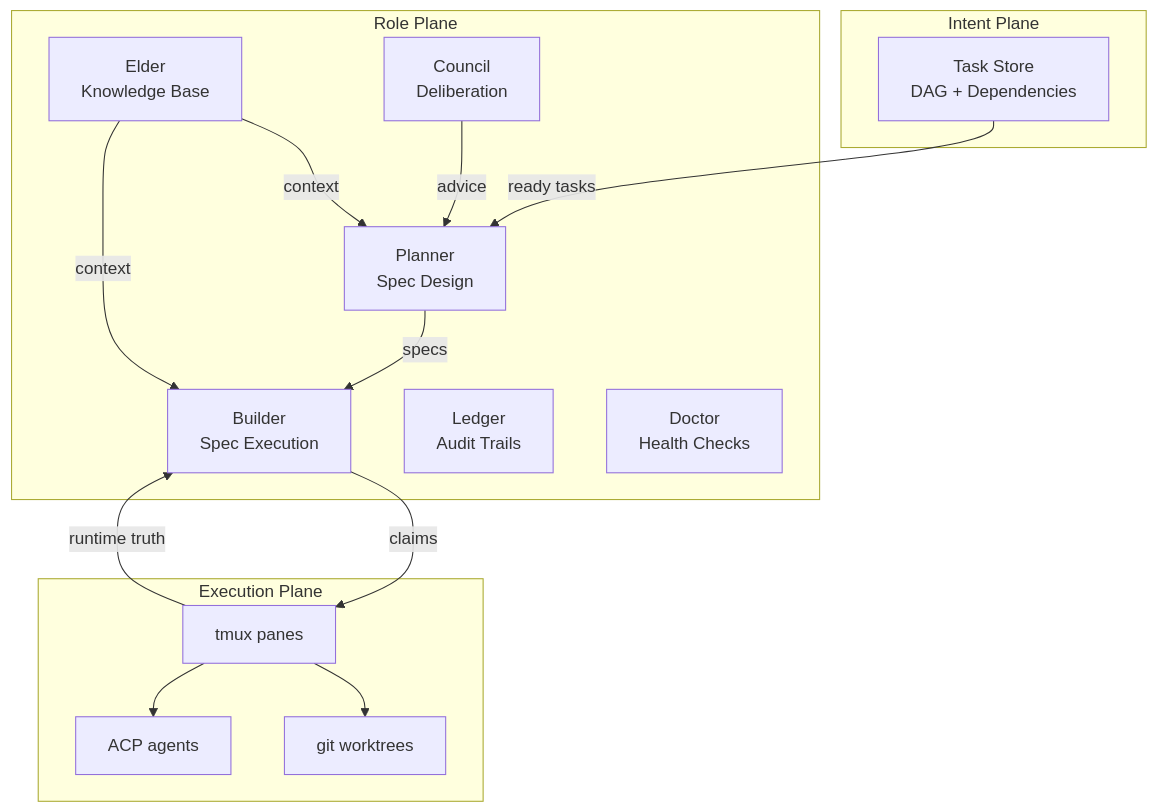
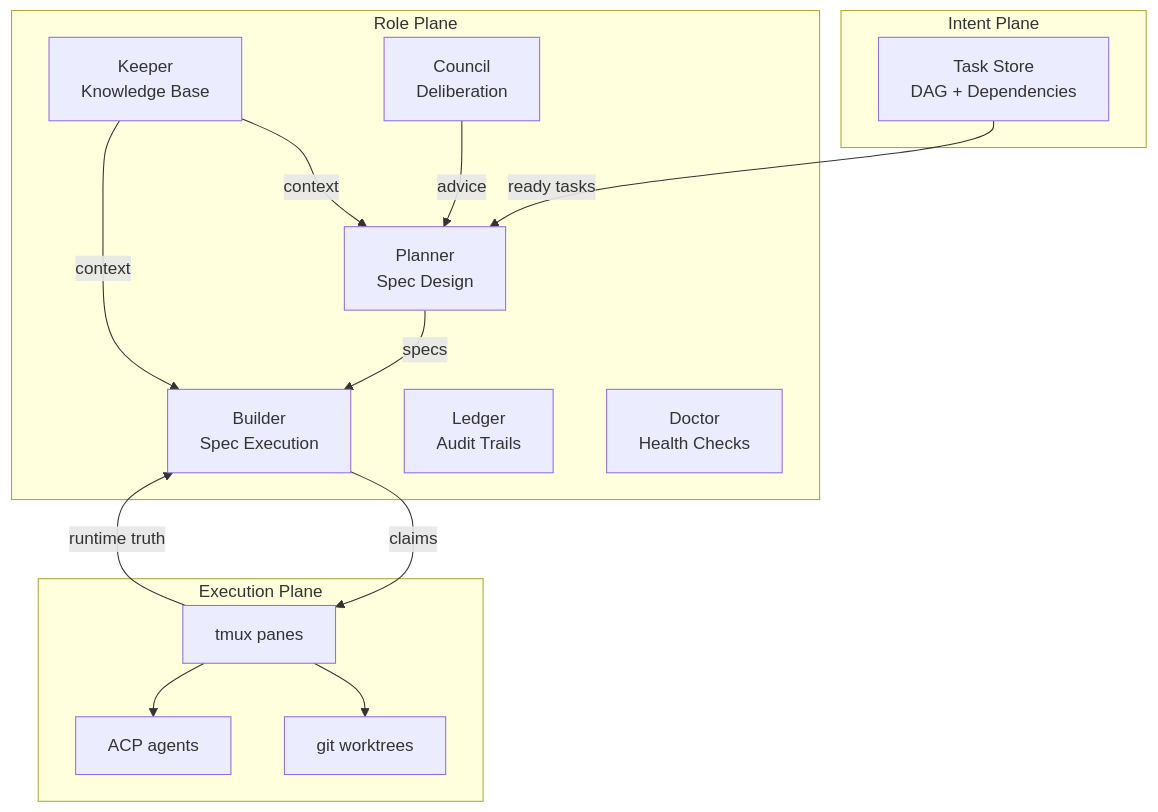
Before and after one commit to bkuri/village: the diagram in README.md, drawn with Mermaid. The commit also changed other lines of this file and 20 other files, not shown here.

First line of the commit message:
refactor: rename elder role to keeper

````diff
--- a/README.md
+++ b/README.md
@@ -145,31 +145,31 @@
 ```mermaid
 flowchart TB
     subgraph Intent["Intent Plane"]
         TS[Task Store<br/>DAG + Dependencies]
     end
 
     subgraph Roles["Role Plane"]
         P[Planner<br/>Spec Design]
         B[Builder<br/>Spec Execution]
-        E[Elder<br/>Knowledge Base]
+        E[Keeper<br/>Knowledge Base]
         C[Council<br/>Deliberation]
         L[Ledger<br/>Audit Trails]
         D[Doctor<br/>Health Checks]
     end
 
     subgraph Execution["Execution Plane"]
         TMUX[tmux panes]
         WT[git worktrees]
         ACP[ACP agents]
     end
 
     TS -->|ready tasks| P
     P -->|specs| B
     B -->|claims| TMUX
     TMUX --> WT
     TMUX --> ACP
     E -->|context| P
     E -->|context| B
     C -->|advice| P
     TMUX -->|runtime truth| B
 ```
````
